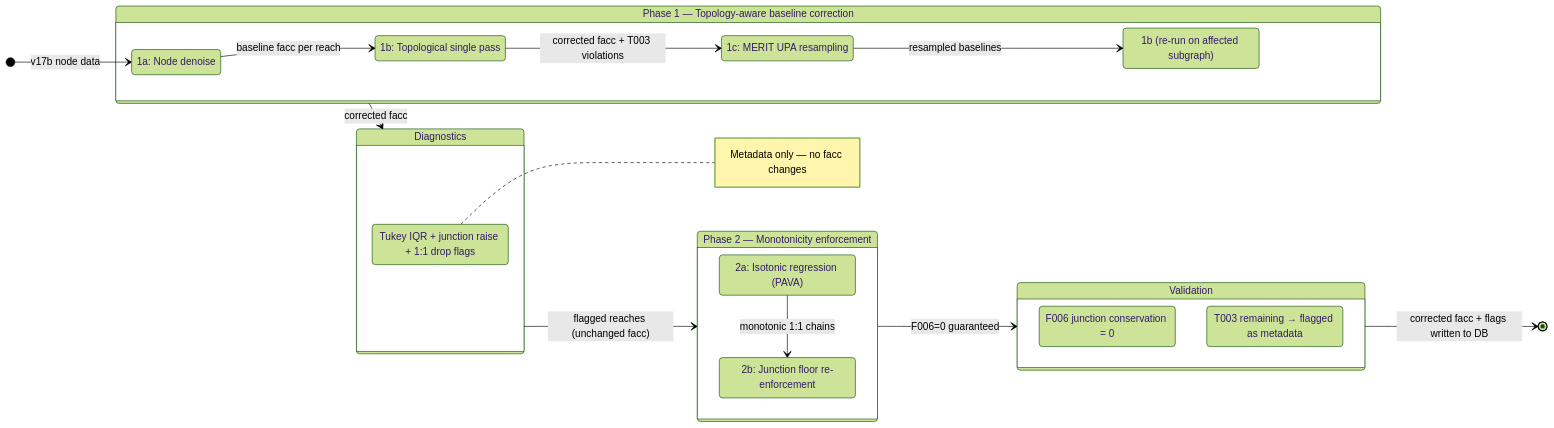
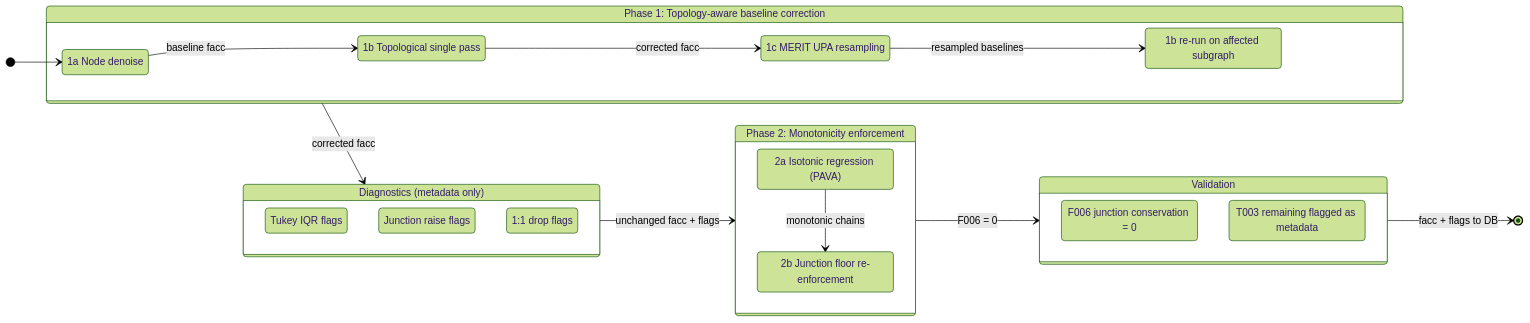
One commit to ealtenau/SWORD changed the diagram in docs/facc_correction_methodology.md. Above: the diagram before and after it, drawn with Mermaid (forest theme).

Commit message:
Fix Mermaid syntax: use state-as declarations to avoid colon parse errors

````diff
--- a/docs/facc_correction_methodology.md
+++ b/docs/facc_correction_methodology.md
@@ -104,40 +104,41 @@
 ```mermaid
 stateDiagram-v2
     direction LR
 
-    [*] --> Phase1a: v17b node data
+    [*] --> Phase1a
 
-    state "Phase 1 — Topology-aware baseline correction" as P1 {
-        Phase1a: 1a: Node denoise
-        Phase1b: 1b: Topological single pass
-        Phase1c: 1c: MERIT UPA resampling
-        Phase1b_rerun: 1b (re-run on affected subgraph)
+    state "Phase 1: Topology-aware baseline correction" as P1 {
+        state "1a Node denoise" as Phase1a
+        state "1b Topological single pass" as Phase1b
+        state "1c MERIT UPA resampling" as Phase1c
+        state "1b re-run on affected subgraph" as Phase1b_rerun
 
-        Phase1a --> Phase1b: baseline facc per reach
-        Phase1b --> Phase1c: corrected facc + T003 violations
-        Phase1c --> Phase1b_rerun: resampled baselines
+        Phase1a --> Phase1b : baseline facc
+        Phase1b --> Phase1c : corrected facc
+        Phase1c --> Phase1b_rerun : resampled baselines
     }
 
-    state "Diagnostics" as Diag {
-        Flags: Tukey IQR + junction raise + 1:1 drop flags
-        note right of Flags: Metadata only — no facc changes
+    state "Diagnostics (metadata only)" as Diag {
+        state "Tukey IQR flags" as Flag1
+        state "Junction raise flags" as Flag2
+        state "1:1 drop flags" as Flag3
     }
 
-    state "Phase 2 — Monotonicity enforcement" as P2 {
-        Phase2a: 2a: Isotonic regression (PAVA)
-        Phase2b: 2b: Junction floor re-enforcement
+    state "Phase 2: Monotonicity enforcement" as P2 {
+        state "2a Isotonic regression (PAVA)" as Phase2a
+        state "2b Junction floor re-enforcement" as Phase2b
 
-        Phase2a --> Phase2b: monotonic 1:1 chains
+        Phase2a --> Phase2b : monotonic chains
     }
 
-    P1 --> Diag: corrected facc
-    Diag --> P2: flagged reaches (unchanged facc)
-    P2 --> Validation: F006=0 guaranteed
+    P1 --> Diag : corrected facc
+    Diag --> P2 : unchanged facc + flags
+    P2 --> Validation : F006 = 0
 
     state "Validation" as Validation {
-        F006check: F006 junction conservation = 0
-        T003flag: T003 remaining → flagged as metadata
+        state "F006 junction conservation = 0" as F006check
+        state "T003 remaining flagged as metadata" as T003flag
     }
 
-    Validation --> [*]: corrected facc + flags written to DB
+    Validation --> [*] : facc + flags to DB
 ```
````
